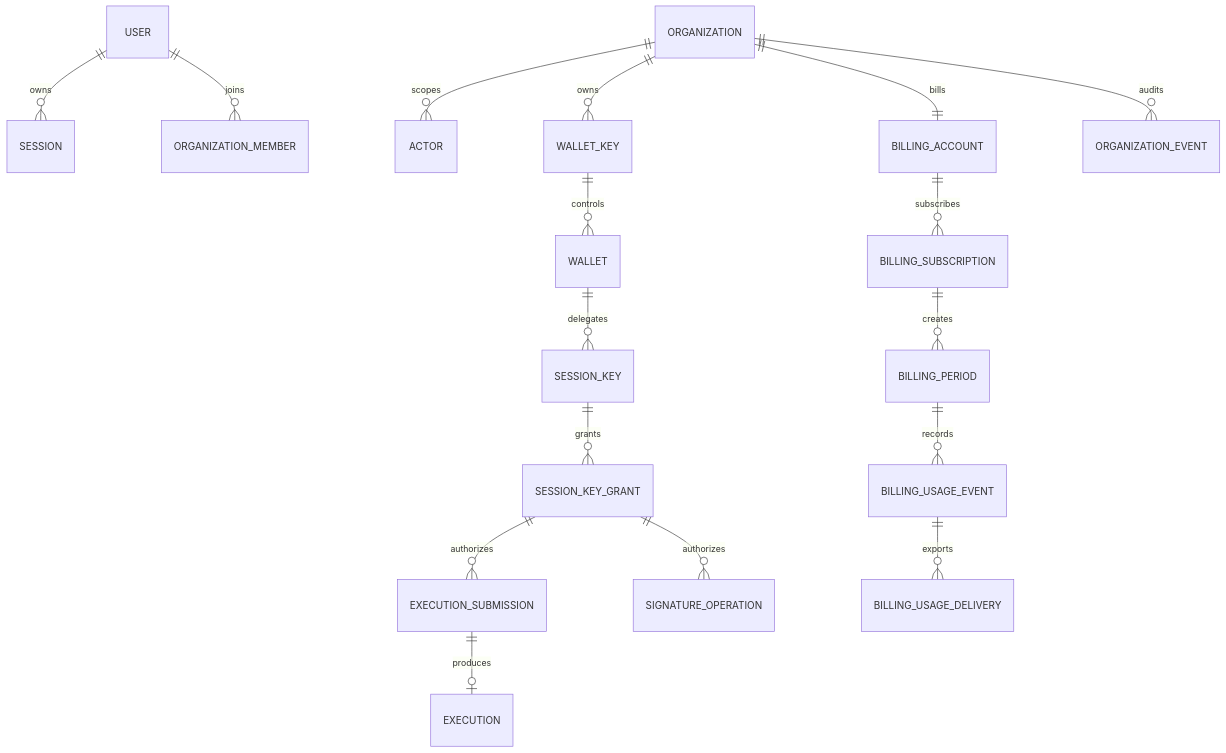
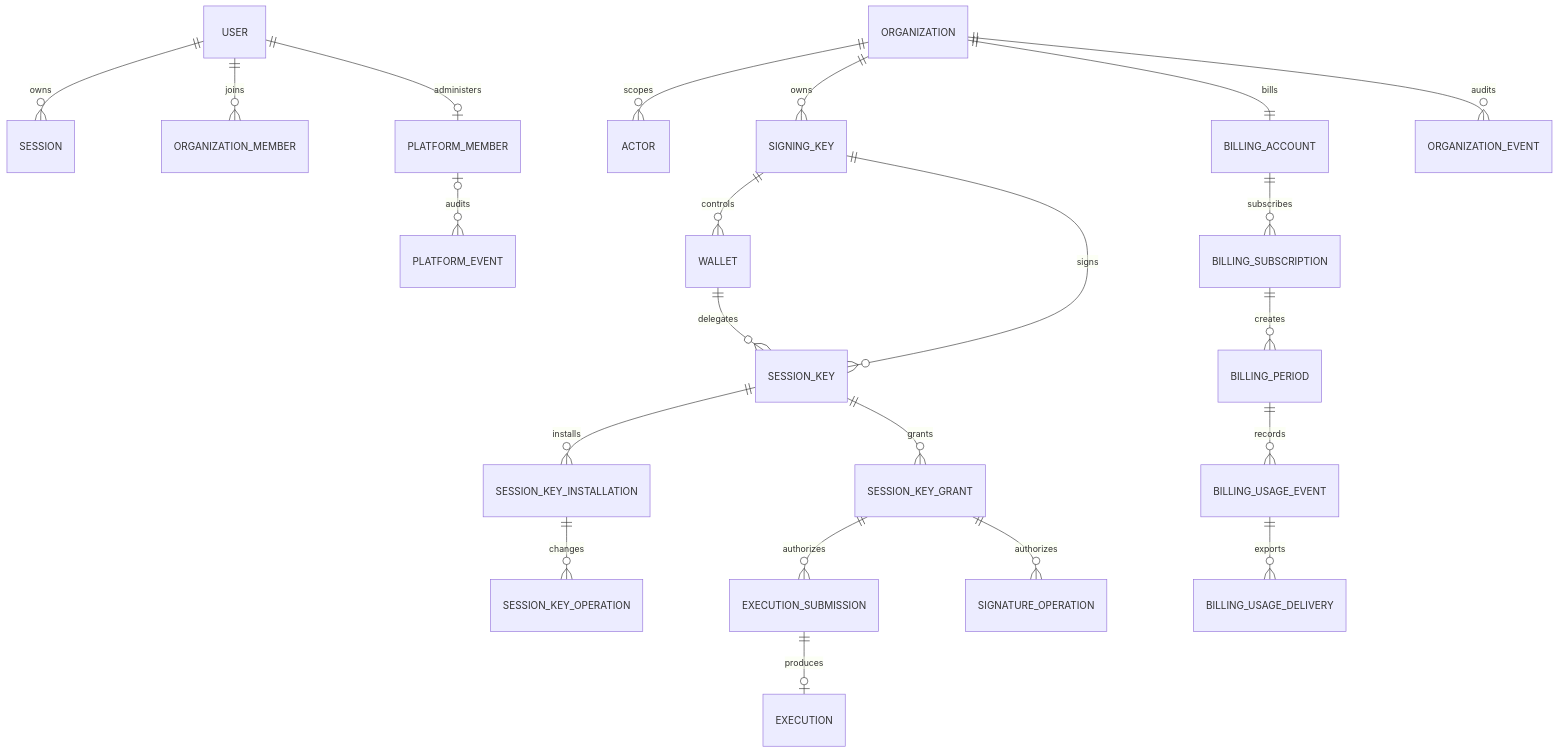
Before and after one commit to thenamespace/namera: the diagram in architecture/database/README.md, drawn with Mermaid. The commit also changed other lines of this file and 63 other files, not shown here.

Commit message:
docs: align architecture with current runtime

````diff
--- a/architecture/database/README.md
+++ b/architecture/database/README.md
@@ -33,19 +33,24 @@
 ```mermaid
 erDiagram
   USER ||--o{ SESSION : owns
   USER ||--o{ ORGANIZATION_MEMBER : joins
   ORGANIZATION ||--o{ ACTOR : scopes
-  ORGANIZATION ||--o{ WALLET_KEY : owns
-  WALLET_KEY ||--o{ WALLET : controls
+  ORGANIZATION ||--o{ SIGNING_KEY : owns
+  SIGNING_KEY ||--o{ WALLET : controls
   WALLET ||--o{ SESSION_KEY : delegates
+  SIGNING_KEY ||--o{ SESSION_KEY : signs
+  SESSION_KEY ||--o{ SESSION_KEY_INSTALLATION : installs
+  SESSION_KEY_INSTALLATION ||--o{ SESSION_KEY_OPERATION : changes
+  USER ||--o| PLATFORM_MEMBER : administers
+  PLATFORM_MEMBER |o--o{ PLATFORM_EVENT : audits
   SESSION_KEY ||--o{ SESSION_KEY_GRANT : grants
   SESSION_KEY_GRANT ||--o{ EXECUTION_SUBMISSION : authorizes
   EXECUTION_SUBMISSION ||--o| EXECUTION : produces
   SESSION_KEY_GRANT ||--o{ SIGNATURE_OPERATION : authorizes
   ORGANIZATION ||--|| BILLING_ACCOUNT : bills
   BILLING_ACCOUNT ||--o{ BILLING_SUBSCRIPTION : subscribes
   BILLING_SUBSCRIPTION ||--o{ BILLING_PERIOD : creates
   BILLING_PERIOD ||--o{ BILLING_USAGE_EVENT : records
   BILLING_USAGE_EVENT ||--o{ BILLING_USAGE_DELIVERY : exports
   ORGANIZATION ||--o{ ORGANIZATION_EVENT : audits
 ```
````
